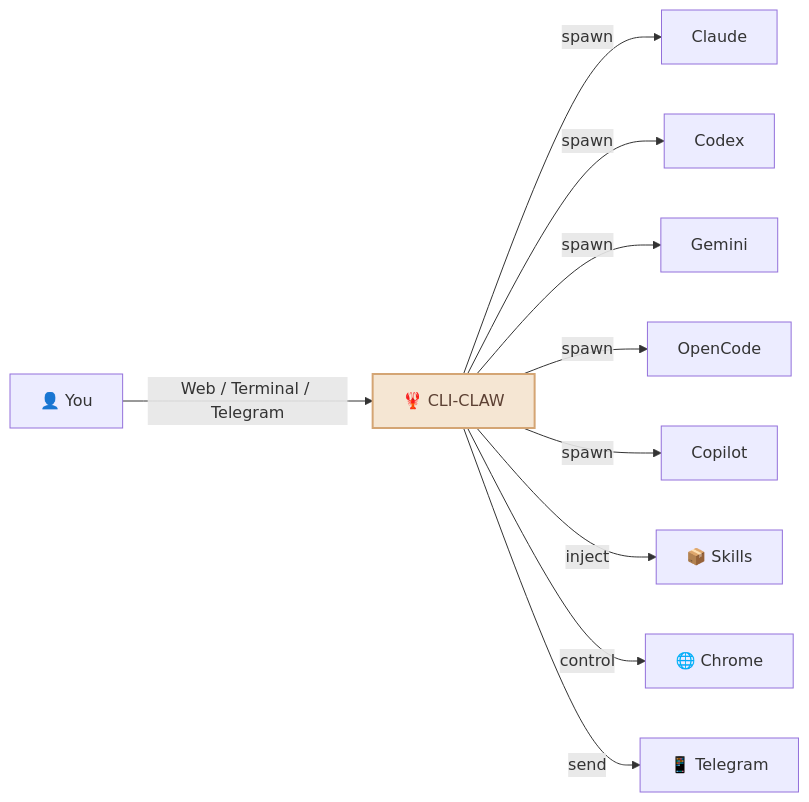
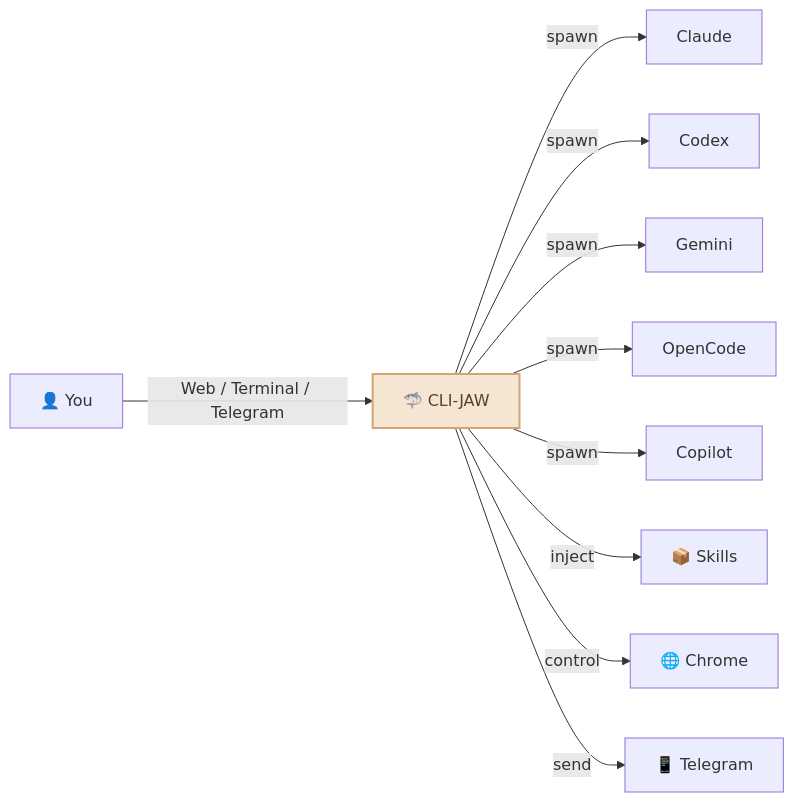
Before and after one commit to lidge-jun/cli-jaw: the first of 3 diagrams in README.md, drawn with Mermaid. The commit also changed other lines of this file and 72 other files, not shown here.

First line of the commit message:
🦈 rename cli-claw → cli-jaw (full rebrand)

````diff
--- a/README.md
+++ b/README.md
@@ -46,14 +46,14 @@
 ```mermaid
 graph LR
-    YOU["👤 You"] -->|Web / Terminal / Telegram| CLAW["🦞 CLI-CLAW"]
+    YOU["👤 You"] -->|Web / Terminal / Telegram| CLAW["🦈 CLI-JAW"]
     CLAW -->|spawn| C["Claude"]
     CLAW -->|spawn| X["Codex"]
     CLAW -->|spawn| G["Gemini"]
     CLAW -->|spawn| O["OpenCode"]
     CLAW -->|spawn| P["Copilot"]
     CLAW -->|inject| SK["📦 Skills"]
     CLAW -->|control| BR["🌐 Chrome"]
     CLAW -->|send| TG["📱 Telegram"]
     
     style CLAW fill:#f5e6d3,stroke:#d4a574,stroke-width:2px,color:#5c4033
 ```
````
